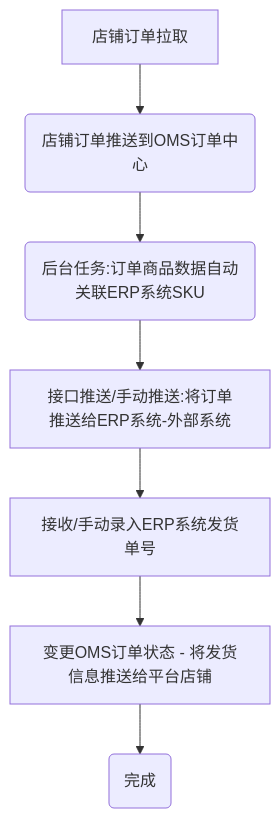
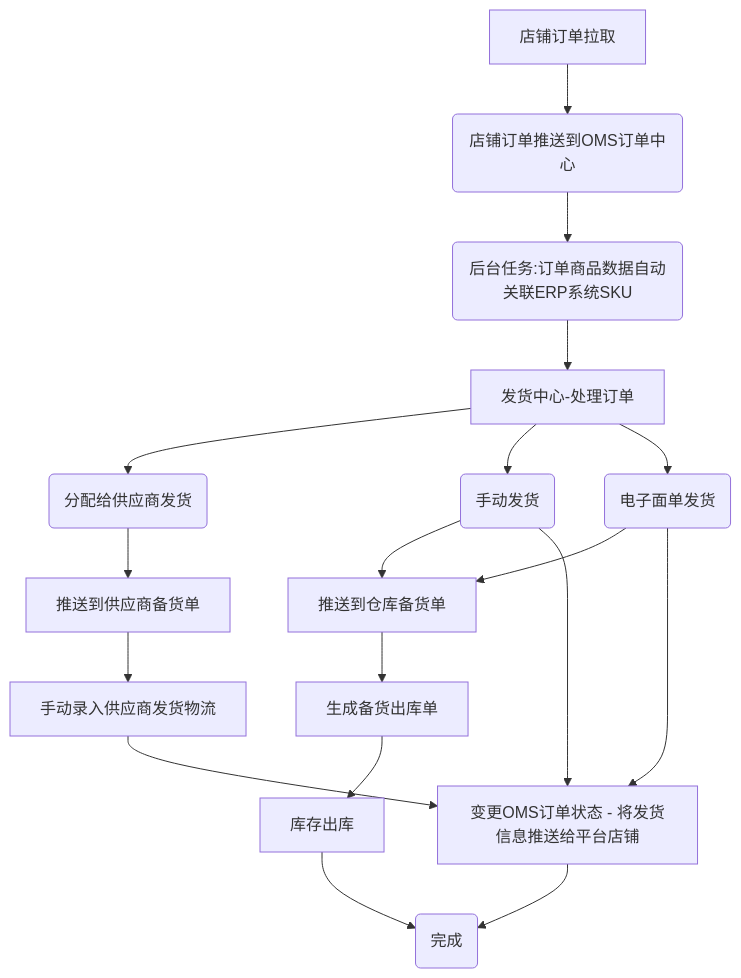
One commit to StrarMark/qihangerp-oms changed the third of 4 diagrams in README.md. Above: the diagram before and after it, drawn with Mermaid. The commit also changed other lines of this file, not shown here.

Commit message:
更新系统介绍

````diff
--- a/README.md
+++ b/README.md
@@ -63,9 +71,20 @@
 ```mermaid
 graph TD
     A[店铺订单拉取] -->B(店铺订单推送到OMS订单中心)
     B --> C(后台任务:订单商品数据自动关联ERP系统SKU)
-    C --> D[接口推送/手动推送:将订单推送给ERP系统-外部系统]
-    D --> E[接收/手动录入ERP系统发货单号]
-    E --> F[变更OMS订单状态 - 将发货信息推送给平台店铺]
-    F --> G(完成)
+    C --> D[发货中心-处理订单]
+    D --> E1(分配给供应商发货)
+    D --> E2(手动发货)
+    D --> E3(电子面单发货)
+    E1 --> F1[推送到供应商备货单]
+    E2 --> F2[推送到仓库备货单]
+    E3 --> F2
+    F1 --> G1[手动录入供应商发货物流]
+    E2 --> G[变更OMS订单状态 - 将发货信息推送给平台店铺]
+    E3 --> G
+    G1 --> G
+    F2 --> H2[生成备货出库单]
+    H2 --> I2[库存出库]
+    G --> H(完成)
+    I2 --> H
 ```
````
